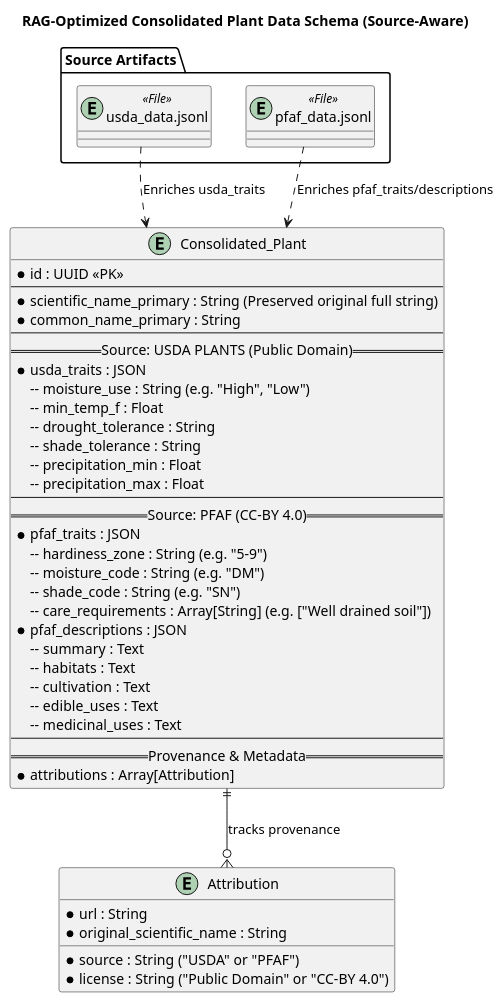
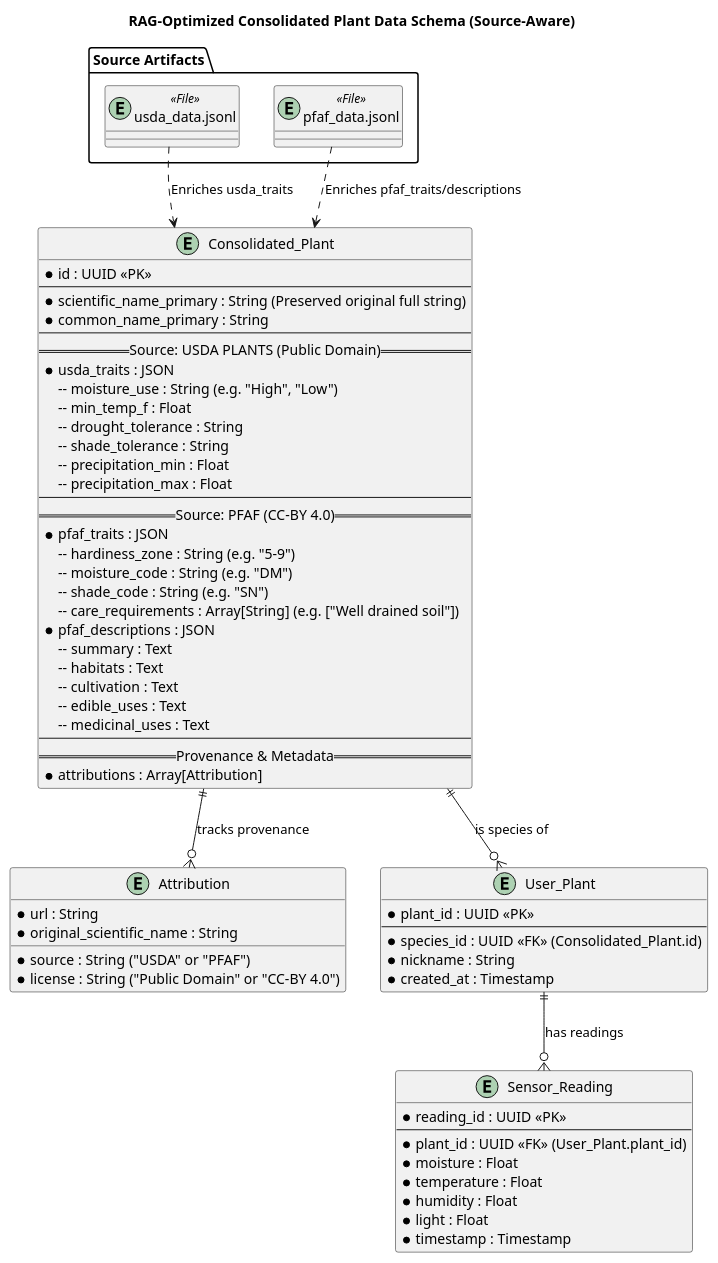
One commit to actellim/plant-partner changed the diagram in db/docs/consolidated_schema.puml. Above: the diagram before and after it, drawn with PlantUML. The commit also changed 5 other files, not shown here.

```diff
--- a/db/docs/consolidated_schema.puml
+++ b/db/docs/consolidated_schema.puml
@@ -1,54 +1,75 @@
 @startuml
 
 title RAG-Optimized Consolidated Plant Data Schema (Source-Aware)
 
 entity "Consolidated_Plant" as plant {
   * id : UUID <<PK>>
   --
   * scientific_name_primary : String (Preserved original full string)
   * common_name_primary : String
   --
   == Source: USDA PLANTS (Public Domain) ==
   * usda_traits : JSON
     -- moisture_use : String (e.g. "High", "Low")
     -- min_temp_f : Float
     -- drought_tolerance : String
     -- shade_tolerance : String
     -- precipitation_min : Float
     -- precipitation_max : Float
   --
   == Source: PFAF (CC-BY 4.0) ==
   * pfaf_traits : JSON
     -- hardiness_zone : String (e.g. "5-9")
     -- moisture_code : String (e.g. "DM")
     -- shade_code : String (e.g. "SN")
     -- care_requirements : Array[String] (e.g. ["Well drained soil"])
   * pfaf_descriptions : JSON
     -- summary : Text
     -- habitats : Text
     -- cultivation : Text
     -- edible_uses : Text
     -- medicinal_uses : Text
   --
   == Provenance & Metadata ==
   * attributions : Array[Attribution]
 }
 
 entity "Attribution" as attr {
   * source : String ("USDA" or "PFAF")
   * license : String ("Public Domain" or "CC-BY 4.0")
   * url : String
   * original_scientific_name : String
 }
 
+entity "User_Plant" as user_plant {
+  * plant_id : UUID <<PK>>
+  --
+  * species_id : UUID <<FK>> (Consolidated_Plant.id)
+  * nickname : String
+  * created_at : Timestamp
+}
+
+entity "Sensor_Reading" as reading {
+  * reading_id : UUID <<PK>>
+  --
+  * plant_id : UUID <<FK>> (User_Plant.plant_id)
+  * moisture : Float
+  * temperature : Float
+  * humidity : Float
+  * light : Float
+  * timestamp : Timestamp
+}
+
 plant ||--o{ attr : "tracks provenance"
+plant ||--o{ user_plant : "is species of"
+user_plant ||--o{ reading : "has readings"
 
 package "Source Artifacts" {
   entity "usda_data.jsonl" as usda <<File>>
   entity "pfaf_data.jsonl" as pfaf <<File>>
 }
 
 usda ..> plant : "Enriches usda_traits"
 pfaf ..> plant : "Enriches pfaf_traits/descriptions"
 
 @enduml
```
